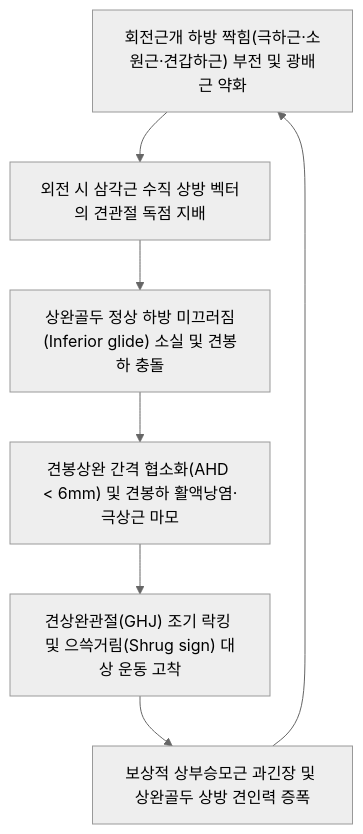
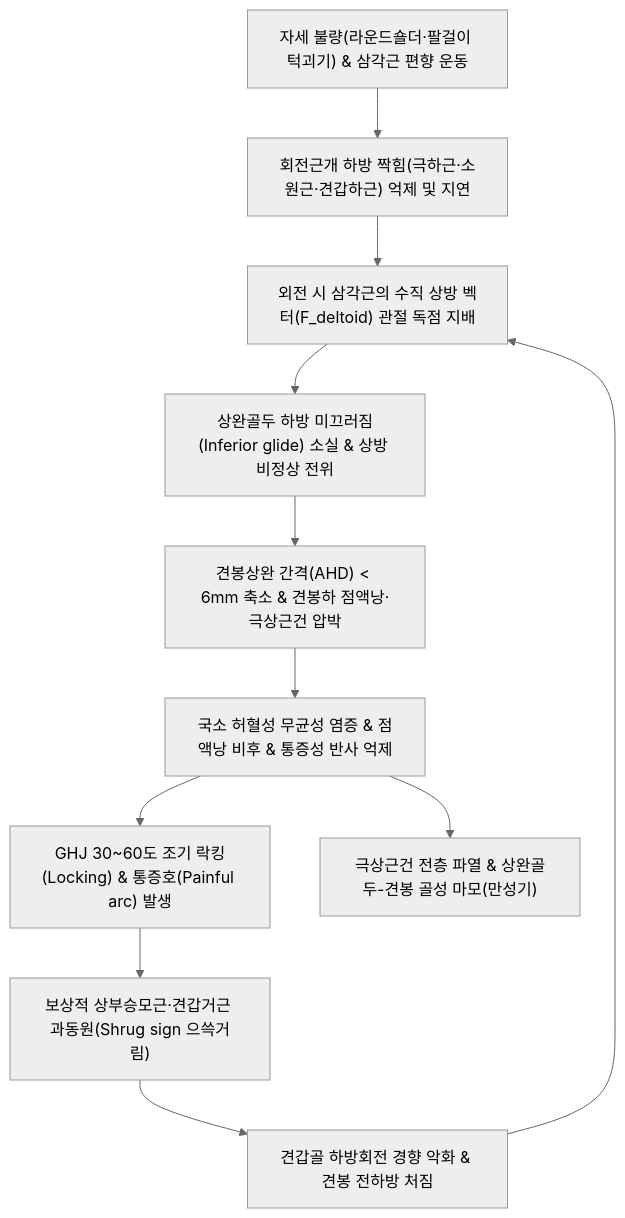
The diagram in content/3. 이론 공부/질환/근골격계 질환/상지/상완골 상방 활주 증후군.md (simbio11/simbio-digital-garden2), drawn with Mermaid (neutral theme) before and after one commit. The commit also changed other lines of this file and 44 other files, not shown here.

````diff
--- a/content/3. 이론 공부/질환/근골격계 질환/상지/상완골 상방 활주 증후군.md
+++ b/content/3. 이론 공부/질환/근골격계 질환/상지/상완골 상방 활주 증후군.md
@@ -92,9 +168,13 @@
 ```mermaid
 flowchart TD
-  A["회전근개 하방 짝힘(극하근·소원근·견갑하근) 부전 및 광배근 약화"] --> B["외전 시 삼각근 수직 상방 벡터의 견관절 독점 지배"]
-  B --> C["상완골두 정상 하방 미끄러짐(Inferior glide) 소실 및 견봉하 충돌"]
-  C --> D["견봉상완 간격 협소화(AHD < 6mm) 및 견봉하 활액낭염·극상근 마모"]
-  D --> E["견상완관절(GHJ) 조기 락킹 및 으쓱거림(Shrug sign) 대상 운동 고착"]
-  E --> F["보상적 상부승모근 과긴장 및 상완골두 상방 견인력 증폭"]
-  F --> A
+    A["자세 불량(라운드숄더·팔걸이 턱괴기) & 삼각근 편향 운동"] --> B["회전근개 하방 짝힘(극하근·소원근·견갑하근) 억제 및 지연"]
+    B --> C["외전 시 삼각근의 수직 상방 벡터(F_deltoid) 관절 독점 지배"]
+    C --> D["상완골두 하방 미끄러짐(Inferior glide) 소실 & 상방 비정상 전위"]
+    D --> E["견봉상완 간격(AHD) < 6mm 축소 & 견봉하 점액낭·극상근건 압박"]
+    E --> F["국소 허혈성 무균성 염증 & 점액낭 비후 & 통증성 반사 억제"]
+    F --> G["GHJ 30~60도 조기 락킹(Locking) & 통증호(Painful arc) 발생"]
+    G --> H["보상적 상부승모근·견갑거근 과동원(Shrug sign 으쓱거림)"]
+    H --> I["견갑골 하방회전 경향 악화 & 견봉 전하방 처짐"]
+    I --> C
+    F --> J["극상근건 전층 파열 & 상완골두-견봉 골성 마모(만성기)"]
 ```
````
